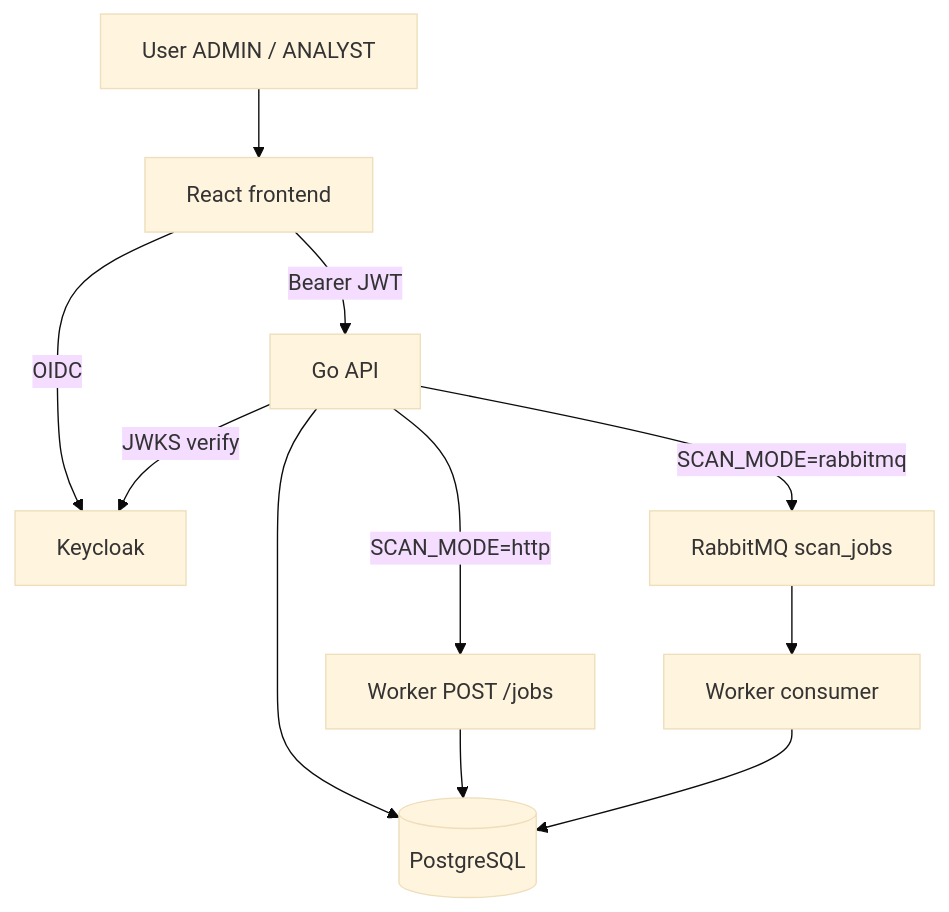
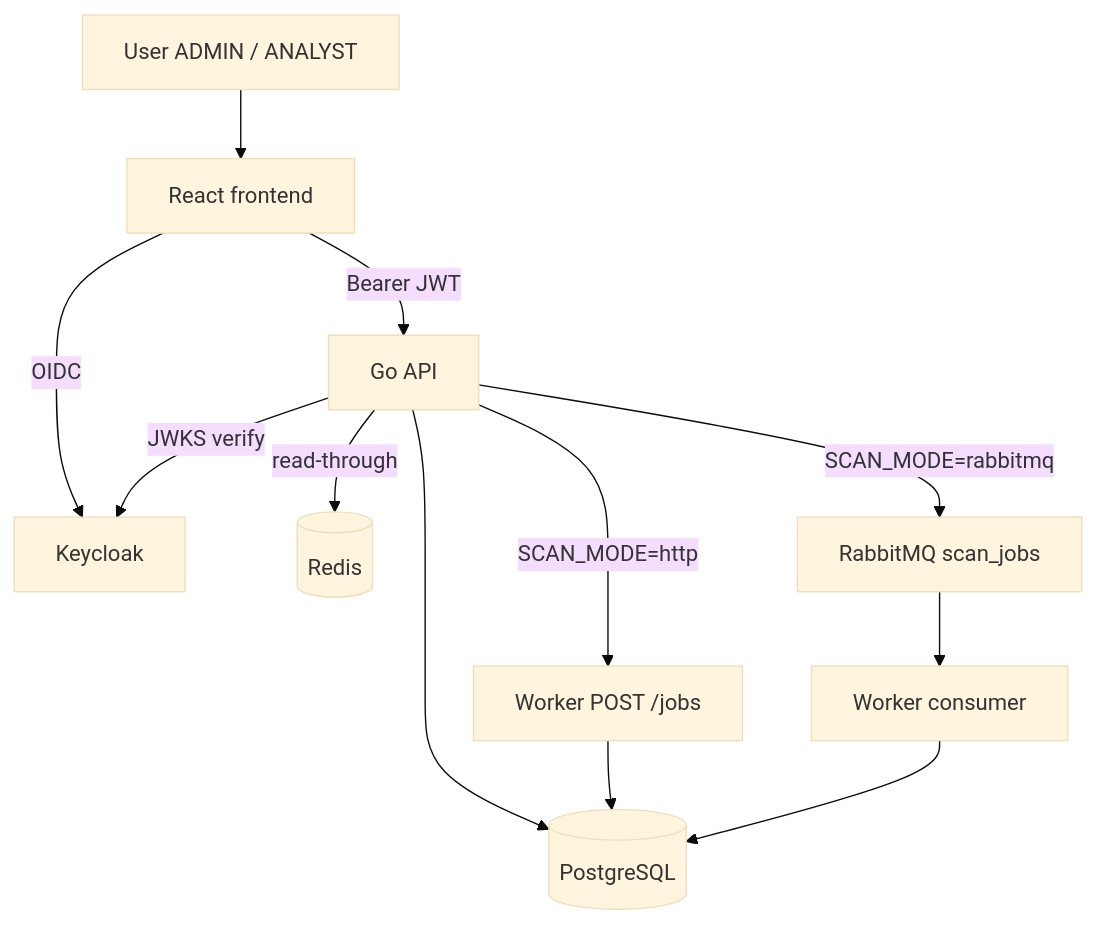
Before and after one commit to ChakerYaakoub/CyberWatch: the diagram in DEVELOPMENT_PLAN.md, drawn with Mermaid (base theme). The commit also changed other lines of this file and 18 other files, not shown here.

First line of the commit message:
feat: add Redis read-through cache for dashboard, companies, and scans

````diff
--- a/DEVELOPMENT_PLAN.md
+++ b/DEVELOPMENT_PLAN.md
@@ -29,13 +29,14 @@
 ```mermaid
 flowchart TB
   User["User ADMIN / ANALYST"] --> FE[React frontend]
   FE -->|"OIDC"| KC[Keycloak]
   FE -->|"Bearer JWT"| API[Go API]
   API -->|"JWKS verify"| KC
   API --> DB[(PostgreSQL)]
+  API -->|"read-through"| Redis[(Redis)]
   API -->|"SCAN_MODE=http"| WorkerHTTP[Worker POST /jobs]
   API -->|"SCAN_MODE=rabbitmq"| MQ[RabbitMQ scan_jobs]
   MQ --> WorkerRMQ[Worker consumer]
   WorkerHTTP --> DB
   WorkerRMQ --> DB
 ```
````
